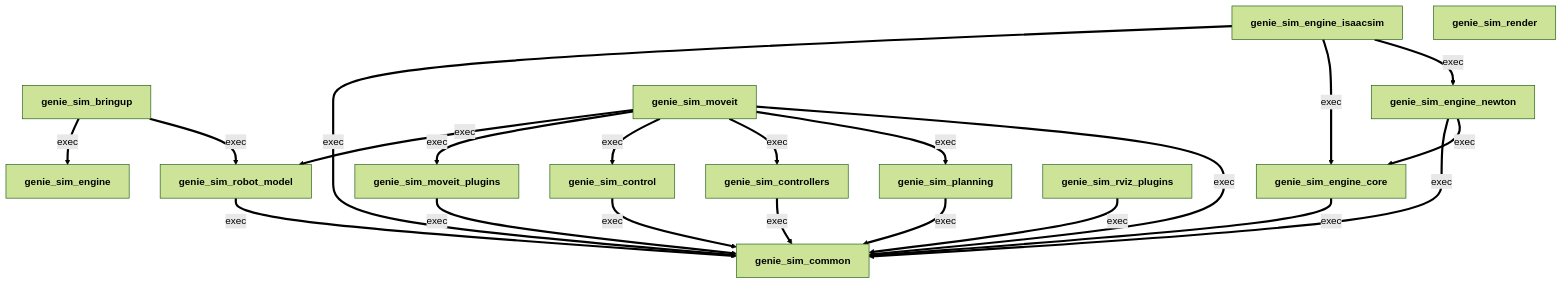
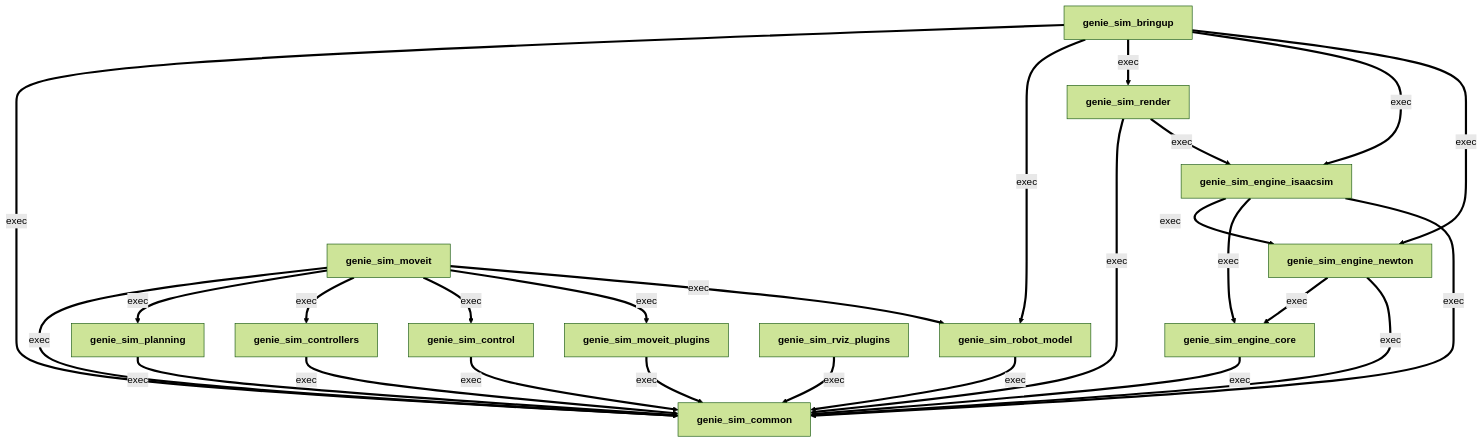
One commit to AgibotTech/genie_sim changed the diagram in source/geniesim_ros/README.md. Above: the diagram before and after it, drawn with Mermaid (forest theme). The commit also changed other lines of this file and 83 other files, not shown here.

````diff
--- a/source/geniesim_ros/README.md
+++ b/source/geniesim_ros/README.md
@@ -221,43 +226,47 @@
 ```mermaid
 graph TD
   %% Auto-generated by `geniesim tool ros-dag --fix`.
   %% Edges: -->|build|/|buildtool| build-time deps;
   %%        ==>|exec| runtime deps; -.->|test| test deps.
   %% Source: source/geniesim_ros/src/ros_ws/src/*/package.xml.
 
   genie_sim_bringup["<b>genie_sim_bringup</b>"]
   genie_sim_common["<b>genie_sim_common</b>"]
   genie_sim_control["<b>genie_sim_control</b>"]
   genie_sim_controllers["<b>genie_sim_controllers</b>"]
-  genie_sim_engine["<b>genie_sim_engine</b>"]
   genie_sim_engine_core["<b>genie_sim_engine_core</b>"]
   genie_sim_engine_isaacsim["<b>genie_sim_engine_isaacsim</b>"]
   genie_sim_engine_newton["<b>genie_sim_engine_newton</b>"]
   genie_sim_moveit["<b>genie_sim_moveit</b>"]
   genie_sim_moveit_plugins["<b>genie_sim_moveit_plugins</b>"]
   genie_sim_planning["<b>genie_sim_planning</b>"]
   genie_sim_render["<b>genie_sim_render</b>"]
   genie_sim_robot_model["<b>genie_sim_robot_model</b>"]
   genie_sim_rviz_plugins["<b>genie_sim_rviz_plugins</b>"]
 
-  genie_sim_bringup ==>|exec| genie_sim_engine
+  genie_sim_bringup ==>|exec| genie_sim_engine_newton
+  genie_sim_bringup ==>|exec| genie_sim_engine_isaacsim
+  genie_sim_bringup ==>|exec| genie_sim_render
   genie_sim_bringup ==>|exec| genie_sim_robot_model
   genie_sim_moveit ==>|exec| genie_sim_robot_model
   genie_sim_moveit ==>|exec| genie_sim_moveit_plugins
   genie_sim_moveit ==>|exec| genie_sim_control
   genie_sim_moveit ==>|exec| genie_sim_controllers
   genie_sim_moveit ==>|exec| genie_sim_planning
+  genie_sim_render ==>|exec| genie_sim_engine_isaacsim
+  genie_sim_bringup ==>|exec| genie_sim_common
   genie_sim_control ==>|exec| genie_sim_common
   genie_sim_controllers ==>|exec| genie_sim_common
   genie_sim_engine_core ==>|exec| genie_sim_common
   genie_sim_engine_isaacsim ==>|exec| genie_sim_common
   genie_sim_engine_isaacsim ==>|exec| genie_sim_engine_core
   genie_sim_engine_isaacsim ==>|exec| genie_sim_engine_newton
   genie_sim_engine_newton ==>|exec| genie_sim_common
   genie_sim_engine_newton ==>|exec| genie_sim_engine_core
   genie_sim_moveit ==>|exec| genie_sim_common
   genie_sim_moveit_plugins ==>|exec| genie_sim_common
   genie_sim_planning ==>|exec| genie_sim_common
+  genie_sim_render ==>|exec| genie_sim_common
   genie_sim_robot_model ==>|exec| genie_sim_common
   genie_sim_rviz_plugins ==>|exec| genie_sim_common
 ```
````
